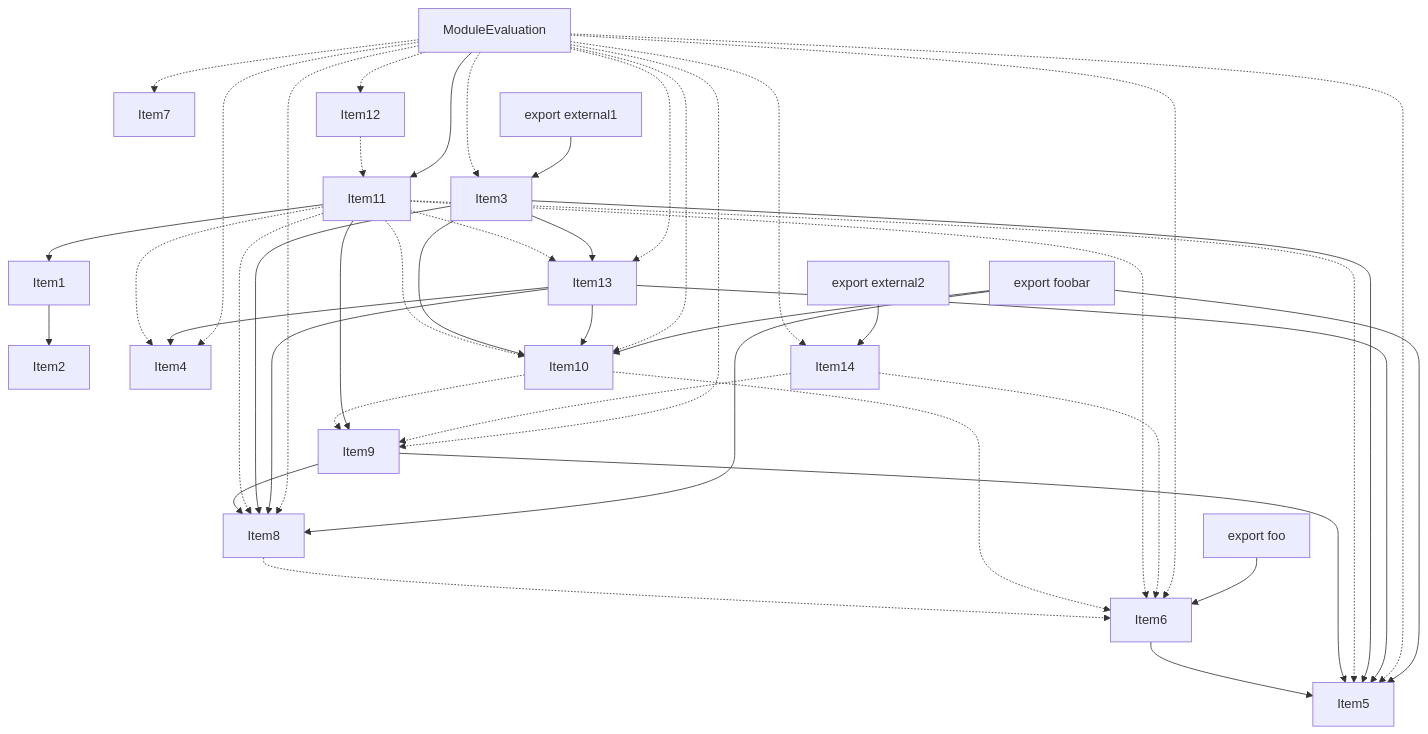
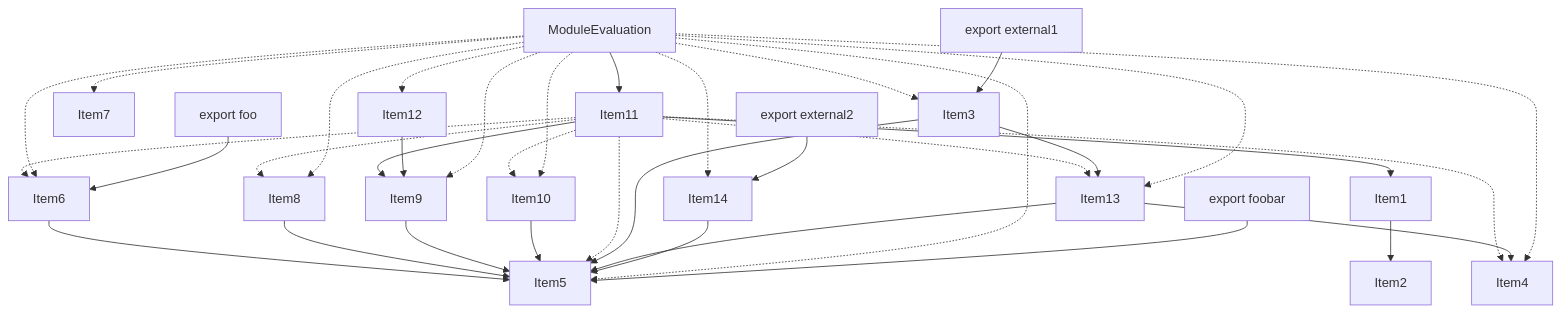
The fourth of 4 diagrams in crates/turbopack-ecmascript/tests/tree-shaker/analyzer/2/output.md (vercel/turborepo), drawn with Mermaid before and after one commit. The commit also changed other lines of this file and 2 other files, not shown here.

````diff
--- a/crates/turbopack-ecmascript/tests/tree-shaker/analyzer/2/output.md
+++ b/crates/turbopack-ecmascript/tests/tree-shaker/analyzer/2/output.md
@@ -274,71 +265,62 @@
 ```mermaid
 graph TD
     Item3;
     Item2;
     Item4;
     Item5;
     Item6;
     Item7;
     Item8;
     Item9;
     Item10;
     Item11;
     Item12;
     Item13;
     Item14;
     Item1;
     Item15;
     Item15["ModuleEvaluation"];
     Item16;
     Item16["export external1"];
     Item17;
     Item17["export foobar"];
     Item18;
     Item18["export foo"];
     Item19;
     Item19["export external2"];
     Item1 --> Item2;
     Item6 --> Item5;
-    Item8 -.-> Item6;
+    Item8 --> Item5;
     Item9 --> Item5;
-    Item9 --> Item8;
-    Item10 -.-> Item6;
-    Item10 -.-> Item9;
+    Item10 --> Item5;
     Item11 --> Item9;
     Item11 --> Item1;
     Item11 -.-> Item13;
     Item11 -.-> Item5;
+    Item11 -.-> Item6;
     Item11 -.-> Item8;
     Item11 -.-> Item10;
-    Item11 -.-> Item6;
     Item11 -.-> Item4;
-    Item12 -.-> Item11;
+    Item12 --> Item9;
     Item3 --> Item13;
     Item3 --> Item5;
-    Item3 --> Item8;
-    Item3 --> Item10;
     Item13 --> Item4;
     Item13 --> Item5;
-    Item13 --> Item8;
-    Item13 --> Item10;
-    Item14 -.-> Item6;
-    Item14 -.-> Item9;
+    Item14 --> Item5;
     Item15 --> Item11;
     Item15 -.-> Item3;
     Item15 -.-> Item4;
     Item15 -.-> Item5;
+    Item15 -.-> Item6;
     Item15 -.-> Item8;
+    Item15 -.-> Item9;
     Item15 -.-> Item10;
-    Item15 -.-> Item6;
-    Item15 -.-> Item9;
     Item15 -.-> Item7;
     Item15 -.-> Item12;
     Item15 -.-> Item13;
     Item15 -.-> Item14;
     Item16 --> Item3;
     Item17 --> Item5;
-    Item17 --> Item8;
-    Item17 --> Item10;
     Item18 --> Item6;
     Item19 --> Item14;
 ```
````
